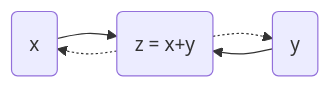
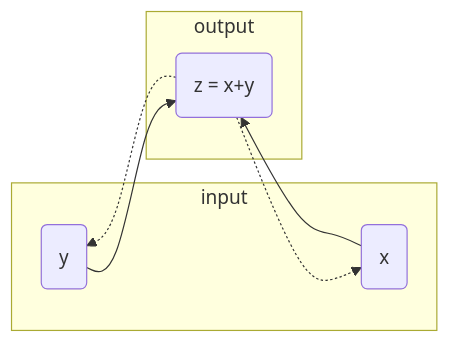
Before and after one commit to koushikkhan/koushikkhan.github.io: the third of 6 diagrams in posts/2023-04-19-autograd/index.qmd, drawn with Mermaid. The commit also changed other lines of this file and 7 other files, not shown here.

````diff
--- a/posts/2023-04-19-autograd/index.qmd
+++ b/posts/2023-04-19-autograd/index.qmd
@@ -209,6 +216,15 @@
 ```{mermaid}
-%%| fig-width: 4.5
-graph LR
-  x(x) --> c(z = x+y) -.-> x(x)
-  y(y) --> c(z = x+y) -.-> y(y)
+%%| fig-width: 3.5
+graph RL
+  subgraph input
+  x(x)
+  y(y)
+  end
+
+  subgraph output
+  z(z = x+y)
+  end
+
+  x(x) --> z(z = x+y) -.-> x(x)
+  y(y) --> z(z = x+y) -.-> y(y)
 ```
````
